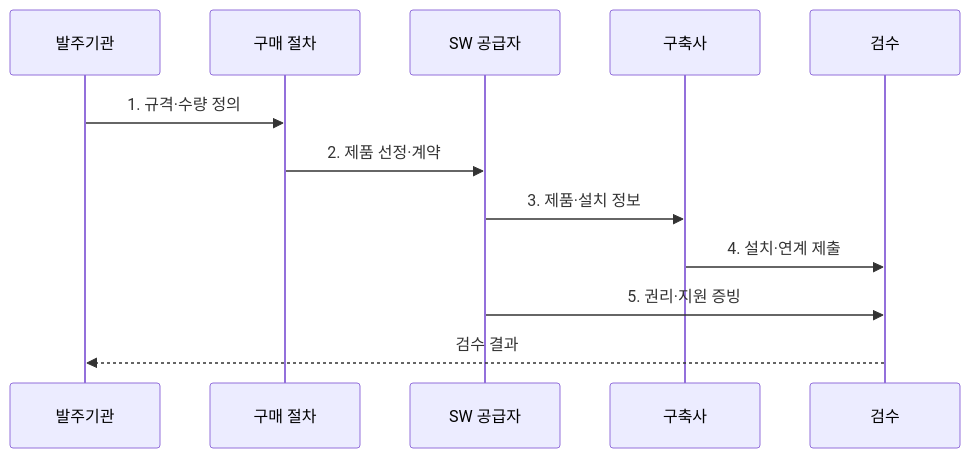
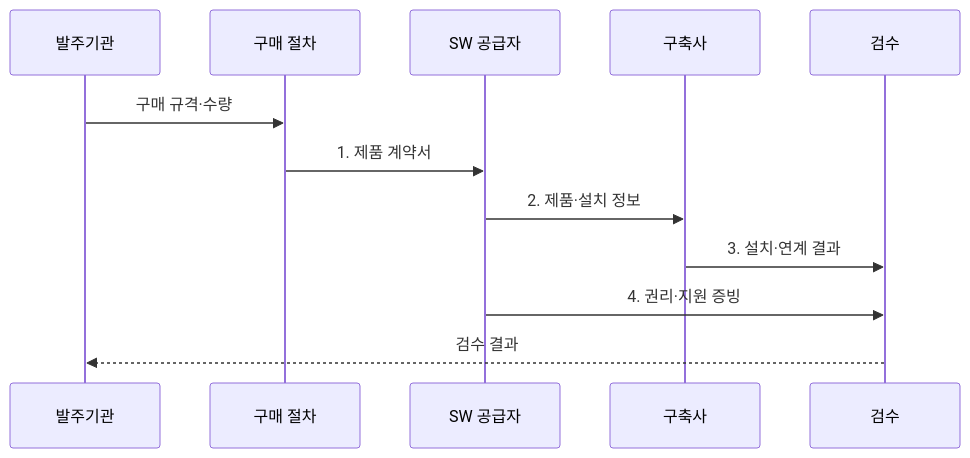
The second of 2 diagrams in src/content/docs/notes/03-software/193_sw_direct_purchase.md (agnusdei1207/knowledge-base), drawn with Mermaid before and after one commit. The commit also changed other lines of this file and 20 other files, not shown here.

````diff
--- a/src/content/docs/notes/03-software/193_sw_direct_purchase.md
+++ b/src/content/docs/notes/03-software/193_sw_direct_purchase.md
@@ -80,14 +82,14 @@
 ```mermaid
 sequenceDiagram
     participant O as 발주기관
     participant P as 구매 절차
     participant S as SW 공급자
     participant I as 구축사
     participant A as 검수
-    O->>P: 1. 규격·수량 정의
-    P->>S: 2. 제품 선정·계약
-    S->>I: 3. 제품·설치 정보
-    I->>A: 4. 설치·연계 제출
-    S->>A: 5. 권리·지원 증빙
+    O->>P: 구매 규격·수량
+    P->>S: 1. 제품 계약서
+    S->>I: 2. 제품·설치 정보
+    I->>A: 3. 설치·연계 결과
+    S->>A: 4. 권리·지원 증빙
     A-->>O: 검수 결과
 ```
````
